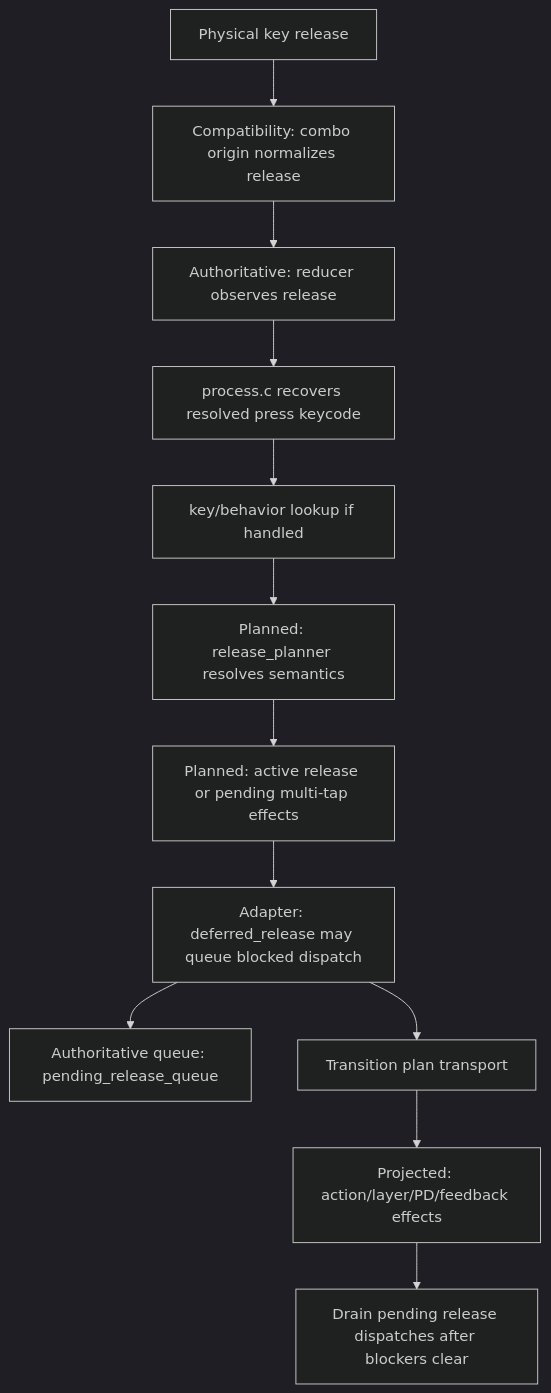
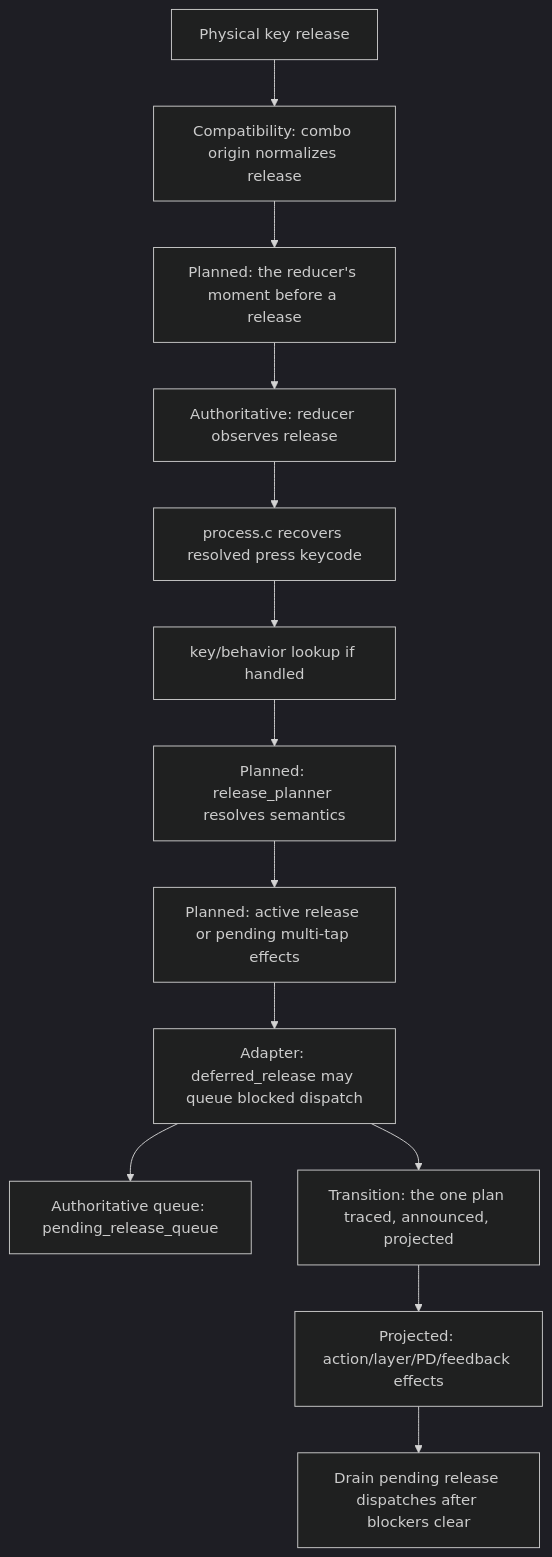
The third of 12 diagrams in docs/architecture/runtime-flow.md (NoahCLR/charybdis-4x6), drawn with Mermaid (dark theme) before and after one commit. The commit also changed other lines of this file and 5 other files, not shown here.

First line of the commit message:
The handled press and release plan in their own frames, and the stack manifest follows the one plan

````diff
--- a/docs/architecture/runtime-flow.md
+++ b/docs/architecture/runtime-flow.md
@@ -142,14 +142,15 @@
 ```mermaid
 flowchart TD
     release["Physical key release"] --> normalize["Compatibility: combo origin normalizes release"]
-    normalize --> observe["Authoritative: reducer observes release"]
+    normalize --> before_release["Planned: the reducer's moment before a release"]
+    before_release --> observe["Authoritative: reducer observes release"]
     observe --> recover["process.c recovers resolved press keycode"]
     recover --> lookup["key/behavior lookup if handled"]
     lookup --> release_planner["Planned: release_planner resolves semantics"]
     release_planner --> release_effects["Planned: active release or pending multi-tap effects"]
     release_effects --> defer["Adapter: deferred_release may queue blocked dispatch"]
     defer --> queue["Authoritative queue: pending_release_queue"]
-    defer --> transition["Transition plan transport"]
+    defer --> transition["Transition: the one plan traced, announced, projected"]
     transition --> projection["Projected: action/layer/PD/feedback effects"]
     projection --> drain["Drain pending release dispatches after blockers clear"]
 ```
````
